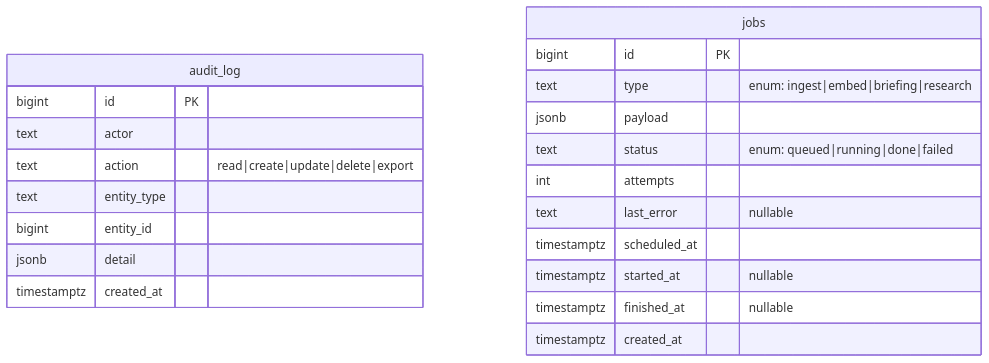
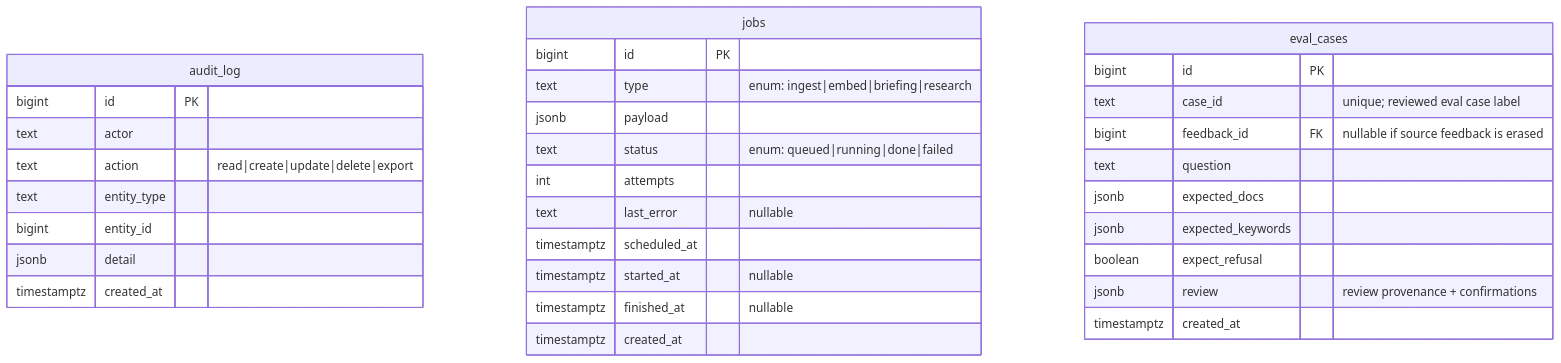
Before and after one commit to tomnguyen103/second-brain: the second of 2 diagrams in docs/data-model/er-diagram.md, drawn with Mermaid. The commit also changed other lines of this file and 75 other files, not shown here.

````diff
--- a/docs/data-model/er-diagram.md
+++ b/docs/data-model/er-diagram.md
@@ -127,25 +126,37 @@
 ```mermaid
 erDiagram
     audit_log {
         bigint      id PK
         text        actor
         text        action          "read|create|update|delete|export"
         text        entity_type
         bigint      entity_id
         jsonb       detail
         timestamptz created_at
     }
 
     jobs {
         bigint      id PK
         text        type            "enum: ingest|embed|briefing|research"
         jsonb       payload
         text        status          "enum: queued|running|done|failed"
         int         attempts
         text        last_error      "nullable"
         timestamptz scheduled_at
         timestamptz started_at      "nullable"
         timestamptz finished_at     "nullable"
         timestamptz created_at
     }
+
+    eval_cases {
+        bigint      id PK
+        text        case_id         "unique; reviewed eval case label"
+        bigint      feedback_id FK  "nullable if source feedback is erased"
+        text        question
+        jsonb       expected_docs
+        jsonb       expected_keywords
+        boolean     expect_refusal
+        jsonb       review          "review provenance + confirmations"
+        timestamptz created_at
+    }
 ```
````
